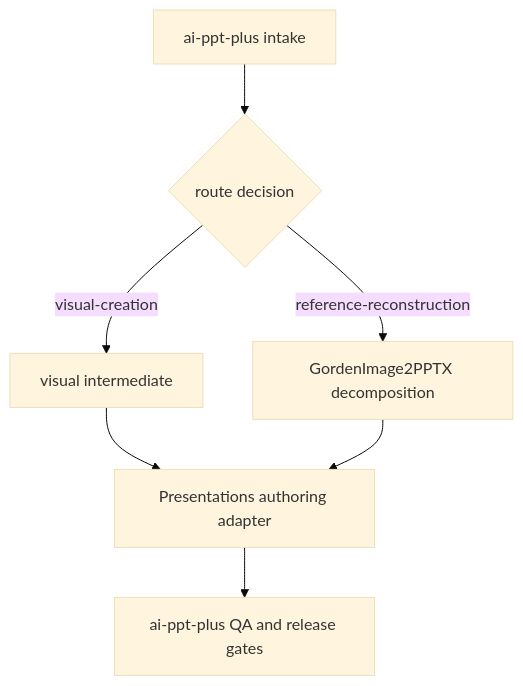
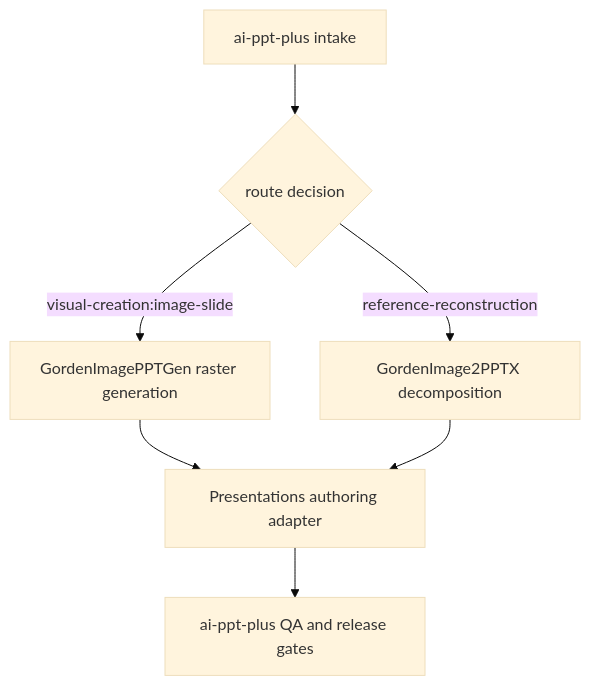
Before and after one commit to joeshu/ai-ppt-plus: the diagram in references/skill-routing.md, drawn with Mermaid (base theme). The commit also changed other lines of this file and 12 other files, not shown here.

Commit message:
Tighten GordenImagePPTGen tool binding and evidence

````diff
--- a/references/skill-routing.md
+++ b/references/skill-routing.md
@@ -64,9 +74,9 @@
 ```mermaid
 flowchart TD
     A[ai-ppt-plus intake] --> B{route decision}
-    B -->|visual-creation| C[visual intermediate]
+    B -->|visual-creation:image-slide| C[GordenImagePPTGen raster generation]
     B -->|reference-reconstruction| D[GordenImage2PPTX decomposition]
     C --> E[Presentations authoring adapter]
     D --> E
     E --> F[ai-ppt-plus QA and release gates]
 ```
````
